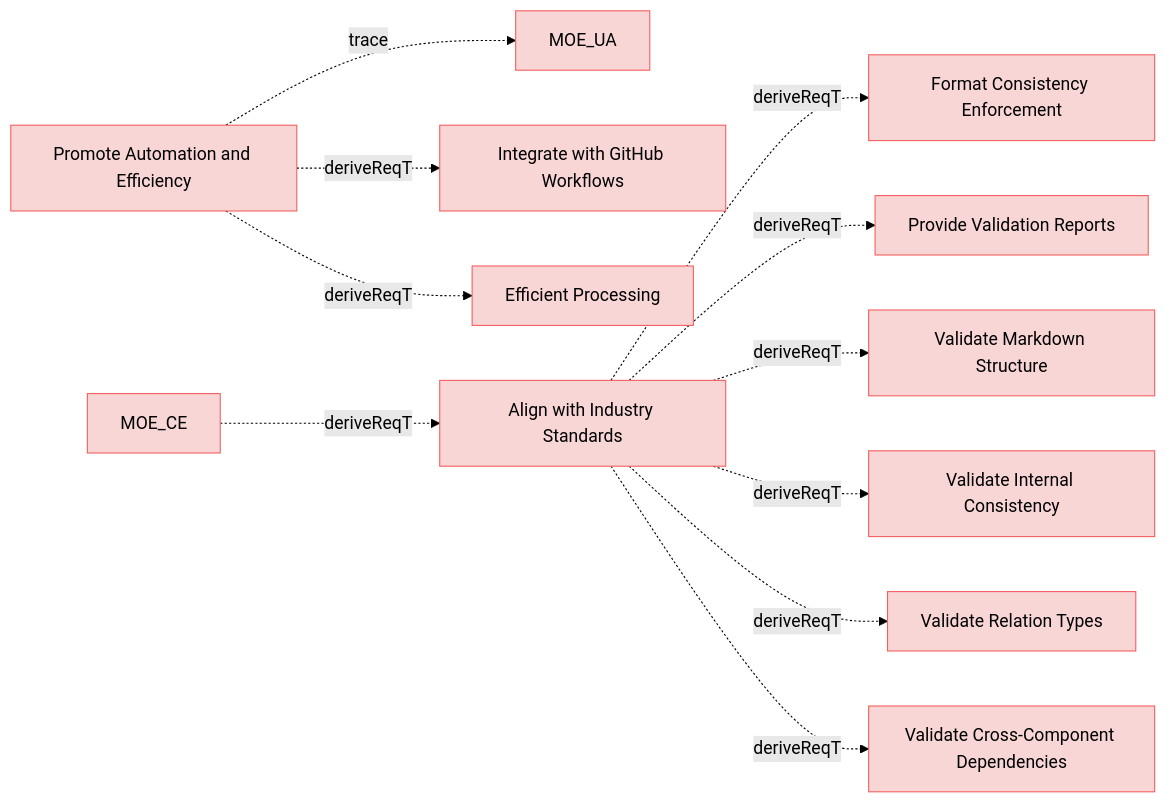
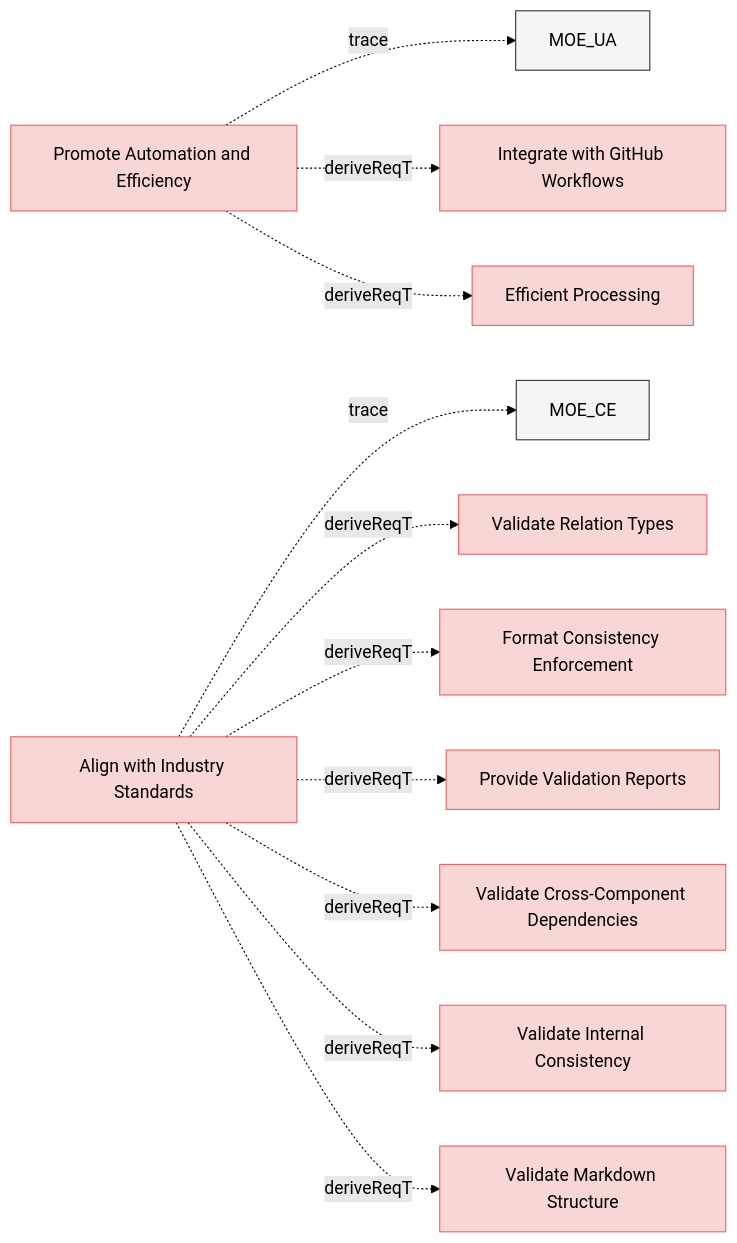
Before and after one commit to reqvire-org/reqvire: the diagram in specifications/MissionRequirements.md, drawn with Mermaid (forest theme). The commit also changed other lines of this file and 17 other files, not shown here.

First line of the commit message:
Remove deprecated requirements and fix MOE types

````diff
--- a/specifications/MissionRequirements.md
+++ b/specifications/MissionRequirements.md
@@ -5,56 +5,56 @@
 ```mermaid
 graph LR;
   %% REQVIRE-AUTOGENERATED-DIAGRAM
   %% Graph styling
   classDef userRequirement fill:#f9d6d6,stroke:#f55f5f,stroke-width:1px;
   classDef systemRequirement fill:#fce4e4,stroke:#e68a8a,stroke-width:1px;
   classDef verification fill:#d6f9d6,stroke:#5fd75f,stroke-width:1px;
   classDef default fill:#f5f5f5,stroke:#333333,stroke-width:1px;
 
   80166c5161b33956["Promote Automation and Efficiency"];
   class 80166c5161b33956 userRequirement;
   click 80166c5161b33956 "MissionRequirements.md#promote-automation-and-efficiency";
   2c5f30f14e792200["MOE_UA"];
-  class 2c5f30f14e792200 userRequirement;
+  class 2c5f30f14e792200 default;
   click 2c5f30f14e792200 "MOEs.md#moe_ua";
   80166c5161b33956 -.->|trace| 2c5f30f14e792200;
   98eaeddc27f99e11["Integrate with GitHub Workflows"];
   class 98eaeddc27f99e11 userRequirement;
   click 98eaeddc27f99e11 "UserStories.md#integrate-with-github-workflows";
   80166c5161b33956 -.->|deriveReqT| 98eaeddc27f99e11;
   d193d11c43776bec["Efficient Processing"];
   class d193d11c43776bec userRequirement;
   click d193d11c43776bec "ManagingMbseModelsRequirements.md#efficient-processing";
   80166c5161b33956 -.->|deriveReqT| d193d11c43776bec;
   b74eec7ed767e7c["Align with Industry Standards"];
   class b74eec7ed767e7c userRequirement;
   click b74eec7ed767e7c "MissionRequirements.md#align-with-industry-standards";
+  e9ad540a6411a0fc["MOE_CE"];
+  class e9ad540a6411a0fc default;
+  click e9ad540a6411a0fc "MOEs.md#moe_ce";
+  b74eec7ed767e7c -.->|trace| e9ad540a6411a0fc;
+  f25cbfbca6d6d92e["Validate Relation Types"];
+  class f25cbfbca6d6d92e userRequirement;
+  click f25cbfbca6d6d92e "UserRequirements.md#validate-relation-types";
+  b74eec7ed767e7c -.->|deriveReqT| f25cbfbca6d6d92e;
   974ccf933675ef44["Format Consistency Enforcement"];
   class 974ccf933675ef44 userRequirement;
   click 974ccf933675ef44 "UserRequirements.md#format-consistency-enforcement";
   b74eec7ed767e7c -.->|deriveReqT| 974ccf933675ef44;
   ed31b6bed1cde2f8["Provide Validation Reports"];
   class ed31b6bed1cde2f8 userRequirement;
   click ed31b6bed1cde2f8 "UserRequirements.md#provide-validation-reports";
   b74eec7ed767e7c -.->|deriveReqT| ed31b6bed1cde2f8;
+  3bd9d29239564eeb["Validate Cross-Component Dependencies"];
+  class 3bd9d29239564eeb userRequirement;
+  click 3bd9d29239564eeb "UserRequirements.md#validate-cross-component-dependencies";
+  b74eec7ed767e7c -.->|deriveReqT| 3bd9d29239564eeb;
+  c50887ce89be280a["Validate Internal Consistency"];
+  class c50887ce89be280a userRequirement;
+  click c50887ce89be280a "UserRequirements.md#validate-internal-consistency";
+  b74eec7ed767e7c -.->|deriveReqT| c50887ce89be280a;
   586b073cd97908da["Validate Markdown Structure"];
   class 586b073cd97908da userRequirement;
   click 586b073cd97908da "UserRequirements.md#validate-markdown-structure";
   b74eec7ed767e7c -.->|deriveReqT| 586b073cd97908da;
-  c50887ce89be280a["Validate Internal Consistency"];
-  class c50887ce89be280a userRequirement;
-  click c50887ce89be280a "UserRequirements.md#validate-internal-consistency";
-  b74eec7ed767e7c -.->|deriveReqT| c50887ce89be280a;
-  f25cbfbca6d6d92e["Validate Relation Types"];
-  class f25cbfbca6d6d92e userRequirement;
-  click f25cbfbca6d6d92e "UserRequirements.md#validate-relation-types";
-  b74eec7ed767e7c -.->|deriveReqT| f25cbfbca6d6d92e;
-  3bd9d29239564eeb["Validate Cross-Component Dependencies"];
-  class 3bd9d29239564eeb userRequirement;
-  click 3bd9d29239564eeb "UserRequirements.md#validate-cross-component-dependencies";
-  b74eec7ed767e7c -.->|deriveReqT| 3bd9d29239564eeb;
-  e9ad540a6411a0fc["MOE_CE"];
-  class e9ad540a6411a0fc userRequirement;
-  click e9ad540a6411a0fc "MOEs.md#moe_ce";
-  e9ad540a6411a0fc -.->|deriveReqT| b74eec7ed767e7c;
 ```
````
